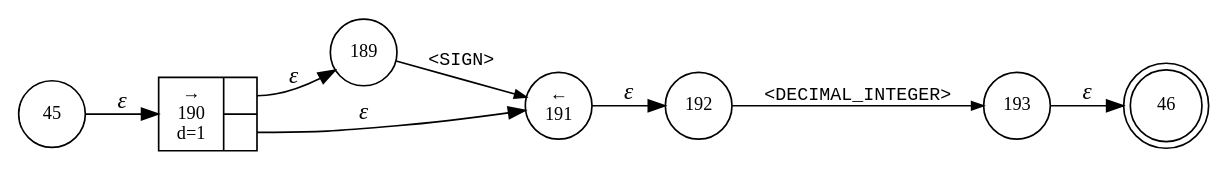
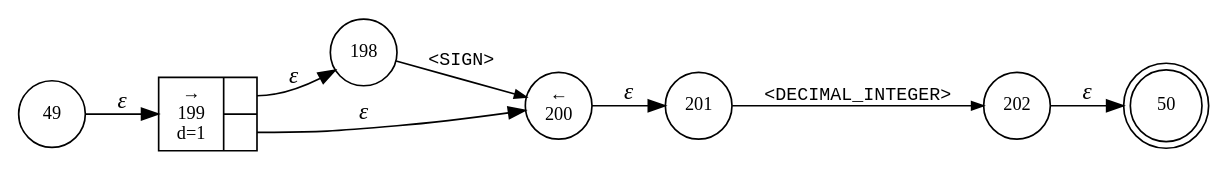
One commit to vulogov/Bund2 changed the diagram in internal/parser/BundLexer.INTEGER.dot. Above: the diagram before and after it, drawn with Graphviz. The commit also changed 205 other files, not shown here.

```diff
--- a/internal/parser/BundLexer.INTEGER.dot
+++ b/internal/parser/BundLexer.INTEGER.dot
@@ -1,17 +1,17 @@
 digraph ATN {
 rankdir=LR;
-s46[fontsize=11, label="46", shape=doublecircle, fixedsize=true, width=.6];
-s192[fontsize=11,label="192", shape=circle, fixedsize=true, width=.55, peripheries=1];
-s193[fontsize=11,label="193", shape=circle, fixedsize=true, width=.55, peripheries=1];
-s45[fontsize=11,label="45", shape=circle, fixedsize=true, width=.55, peripheries=1];
-s189[fontsize=11,label="189", shape=circle, fixedsize=true, width=.55, peripheries=1];
-s190[fontsize=11,label="{&rarr;\n190\nd=1|{<p0>|<p1>}}", shape=record, fixedsize=false, peripheries=1];
-s191[fontsize=11,label="&larr;\n191", shape=circle, fixedsize=true, width=.55, peripheries=1];
-s45 -> s190 [fontname="Times-Italic", label="&epsilon;"];
-s190:p0 -> s189 [fontname="Times-Italic", label="&epsilon;"];
-s190:p1 -> s191 [fontname="Times-Italic", label="&epsilon;"];
-s189 -> s191 [fontsize=11, fontname="Courier", arrowsize=.7, label = "<SIGN>", arrowhead = normal];
-s191 -> s192 [fontname="Times-Italic", label="&epsilon;"];
-s192 -> s193 [fontsize=11, fontname="Courier", arrowsize=.7, label = "<DECIMAL_INTEGER>", arrowhead = normal];
-s193 -> s46 [fontname="Times-Italic", label="&epsilon;"];
+s50[fontsize=11, label="50", shape=doublecircle, fixedsize=true, width=.6];
+s49[fontsize=11,label="49", shape=circle, fixedsize=true, width=.55, peripheries=1];
+s198[fontsize=11,label="198", shape=circle, fixedsize=true, width=.55, peripheries=1];
+s199[fontsize=11,label="{&rarr;\n199\nd=1|{<p0>|<p1>}}", shape=record, fixedsize=false, peripheries=1];
+s200[fontsize=11,label="&larr;\n200", shape=circle, fixedsize=true, width=.55, peripheries=1];
+s201[fontsize=11,label="201", shape=circle, fixedsize=true, width=.55, peripheries=1];
+s202[fontsize=11,label="202", shape=circle, fixedsize=true, width=.55, peripheries=1];
+s49 -> s199 [fontname="Times-Italic", label="&epsilon;"];
+s199:p0 -> s198 [fontname="Times-Italic", label="&epsilon;"];
+s199:p1 -> s200 [fontname="Times-Italic", label="&epsilon;"];
+s198 -> s200 [fontsize=11, fontname="Courier", arrowsize=.7, label = "<SIGN>", arrowhead = normal];
+s200 -> s201 [fontname="Times-Italic", label="&epsilon;"];
+s201 -> s202 [fontsize=11, fontname="Courier", arrowsize=.7, label = "<DECIMAL_INTEGER>", arrowhead = normal];
+s202 -> s50 [fontname="Times-Italic", label="&epsilon;"];
 }
```
